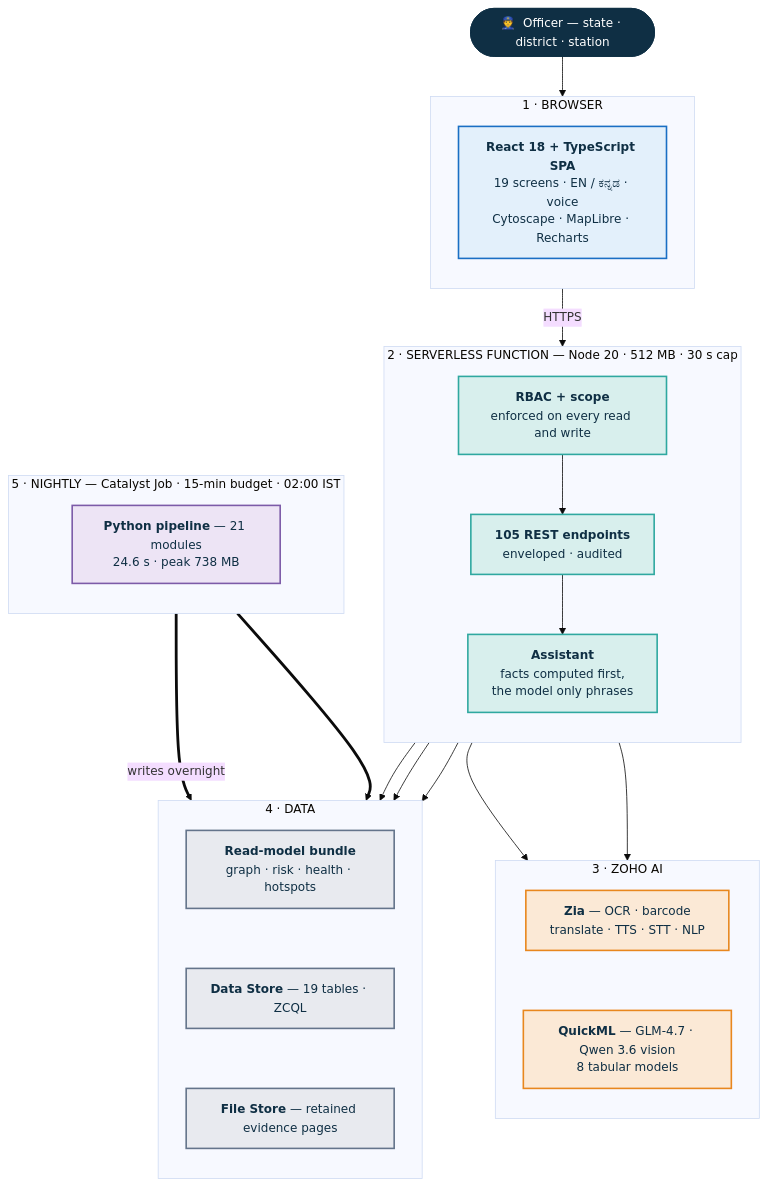
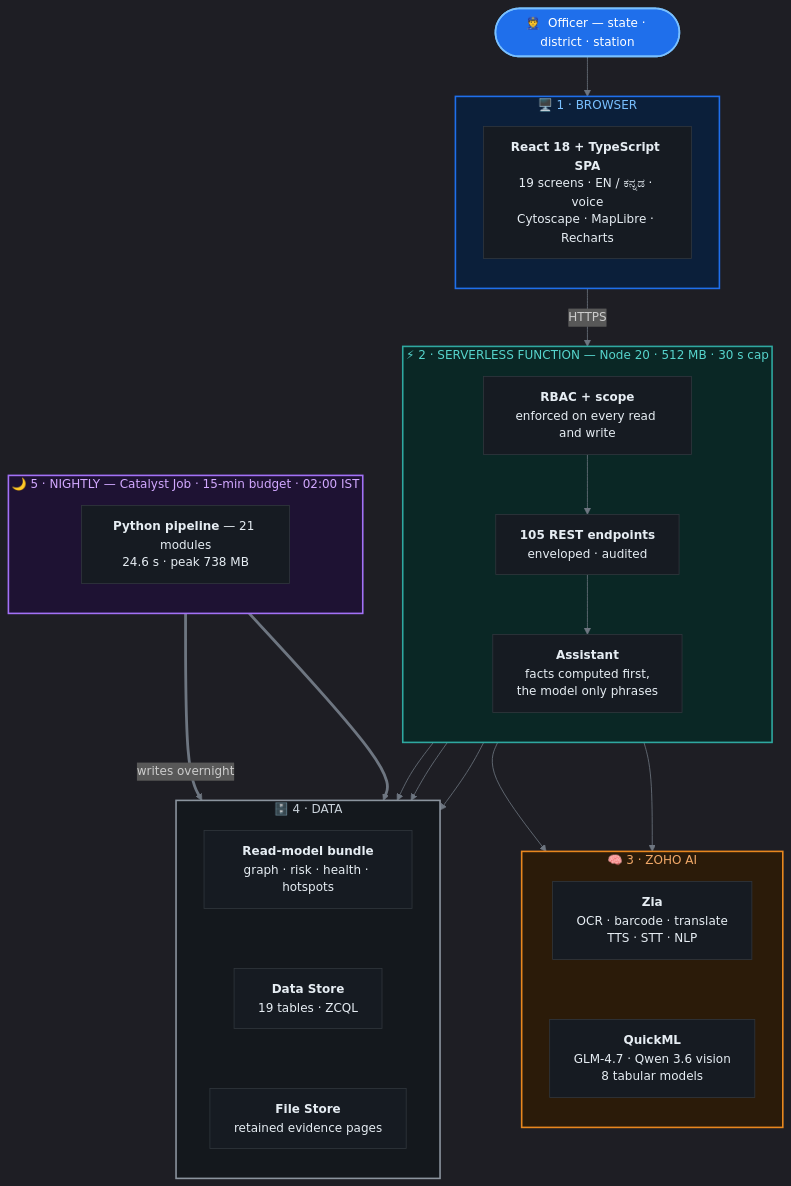
Before and after one commit to adarshcod30/Kadi: the first of 6 diagrams in README.md, drawn with Mermaid. The commit also changed other lines of this file, not shown here.

First line of the commit message:
Restyle the diagrams for a dark page

````diff
--- a/README.md
+++ b/README.md
@@ -242,62 +242,60 @@
 ```mermaid
-%%{init: {'theme':'base','themeVariables':{'fontSize':'15px','fontFamily':'ui-sans-serif, system-ui, sans-serif'}}}%%
+%%{init: {'theme':'dark','themeVariables':{'fontSize':'15px','fontFamily':'ui-sans-serif, system-ui, sans-serif','lineColor':'#6e7681','primaryTextColor':'#e6edf3','tertiaryColor':'#161b22'}}}%%
 flowchart TB
     O(["👮  Officer — state · district · station"])
 
-    subgraph L1["1 · BROWSER"]
+    subgraph L1["🖥️  1 · BROWSER"]
         direction TB
         SPA["<b>React 18 + TypeScript SPA</b><br/>19 screens · EN / ಕನ್ನಡ · voice<br/>Cytoscape · MapLibre · Recharts"]
     end
 
-    subgraph L2["2 · SERVERLESS FUNCTION — Node 20 · 512 MB · 30 s cap"]
+    subgraph L2["⚡  2 · SERVERLESS FUNCTION — Node 20 · 512 MB · 30 s cap"]
         direction TB
         RBAC["<b>RBAC + scope</b><br/>enforced on every read and write"]
         REST["<b>105 REST endpoints</b><br/>enveloped · audited"]
         ASST["<b>Assistant</b><br/>facts computed first,<br/>the model only phrases"]
         RBAC --> REST --> ASST
     end
 
-    subgraph L3["3 · ZOHO AI"]
+    subgraph L3["🧠  3 · ZOHO AI"]
         direction TB
-        ZIA["<b>Zia</b> — OCR · barcode<br/>translate · TTS · STT · NLP"]
-        QML["<b>QuickML</b> — GLM-4.7 · Qwen 3.6 vision<br/>8 tabular models"]
+        ZIA["<b>Zia</b><br/>OCR · barcode · translate<br/>TTS · STT · NLP"]
+        QML["<b>QuickML</b><br/>GLM-4.7 · Qwen 3.6 vision<br/>8 tabular models"]
         ZIA ~~~ QML
     end
 
-    subgraph L4["4 · DATA"]
+    subgraph L4["🗄️  4 · DATA"]
         direction TB
         RM["<b>Read-model bundle</b><br/>graph · risk · health · hotspots"]
-        DS["<b>Data Store</b> — 19 tables · ZCQL"]
-        FS["<b>File Store</b> — retained evidence pages"]
+        DS["<b>Data Store</b><br/>19 tables · ZCQL"]
+        FS["<b>File Store</b><br/>retained evidence pages"]
         RM ~~~ DS ~~~ FS
     end
 
-    subgraph L5["5 · NIGHTLY — Catalyst Job · 15-min budget · 02:00 IST"]
+    subgraph L5["🌙  5 · NIGHTLY — Catalyst Job · 15-min budget · 02:00 IST"]
         direction TB
         JOB["<b>Python pipeline</b> — 21 modules<br/>24.6 s · peak 738 MB"]
     end
 
     O --> SPA
     SPA -->|HTTPS| RBAC
     REST --> ZIA
     ASST --> QML
     REST --> RM
     REST --> DS
     REST --> FS
     JOB ==>|writes overnight| RM
     JOB ==> DS
 
-    classDef client fill:#E3F0FB,stroke:#1A6FC4,stroke-width:2px,color:#0F2F44
-    classDef api    fill:#D8EFED,stroke:#2FA8A0,stroke-width:2px,color:#0F2F44
-    classDef ai     fill:#FBE9D6,stroke:#E8871E,stroke-width:2px,color:#0F2F44
-    classDef data   fill:#E8EAEF,stroke:#64748B,stroke-width:2px,color:#0F2F44
-    classDef job    fill:#EDE4F5,stroke:#7C5BA8,stroke-width:2px,color:#0F2F44
-    classDef actor  fill:#0F2F44,stroke:#0F2F44,color:#FFFFFF
+    classDef box   fill:#161b22,stroke:#30363d,stroke-width:1px,color:#e6edf3
+    classDef actor fill:#1f6feb,stroke:#79c0ff,stroke-width:2px,color:#ffffff
 
-    class SPA client
-    class RBAC,REST,ASST api
-    class ZIA,QML ai
-    class RM,DS,FS data
-    class JOB job
+    class SPA,RBAC,REST,ASST,ZIA,QML,RM,DS,FS,JOB box
     class O actor
+
+    style L1 fill:#0b1f3a,stroke:#1f6feb,stroke-width:2px,color:#79c0ff
+    style L2 fill:#0a2725,stroke:#2FA8A0,stroke-width:2px,color:#56d4cc
+    style L3 fill:#2b1b09,stroke:#E8871E,stroke-width:2px,color:#f0a868
+    style L4 fill:#14181d,stroke:#8b949e,stroke-width:2px,color:#c9d1d9
+    style L5 fill:#1e1233,stroke:#a371f7,stroke-width:2px,color:#d2a8ff
 ```
````
